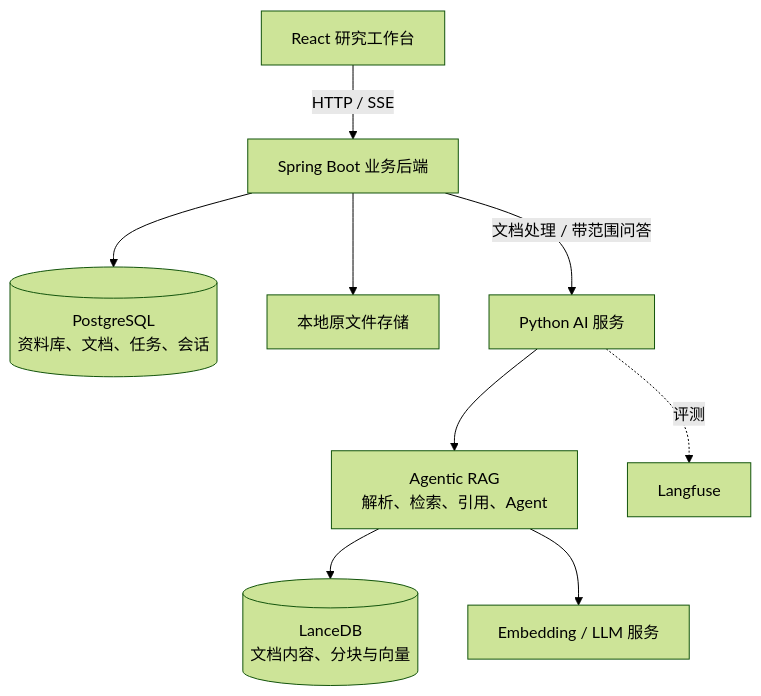
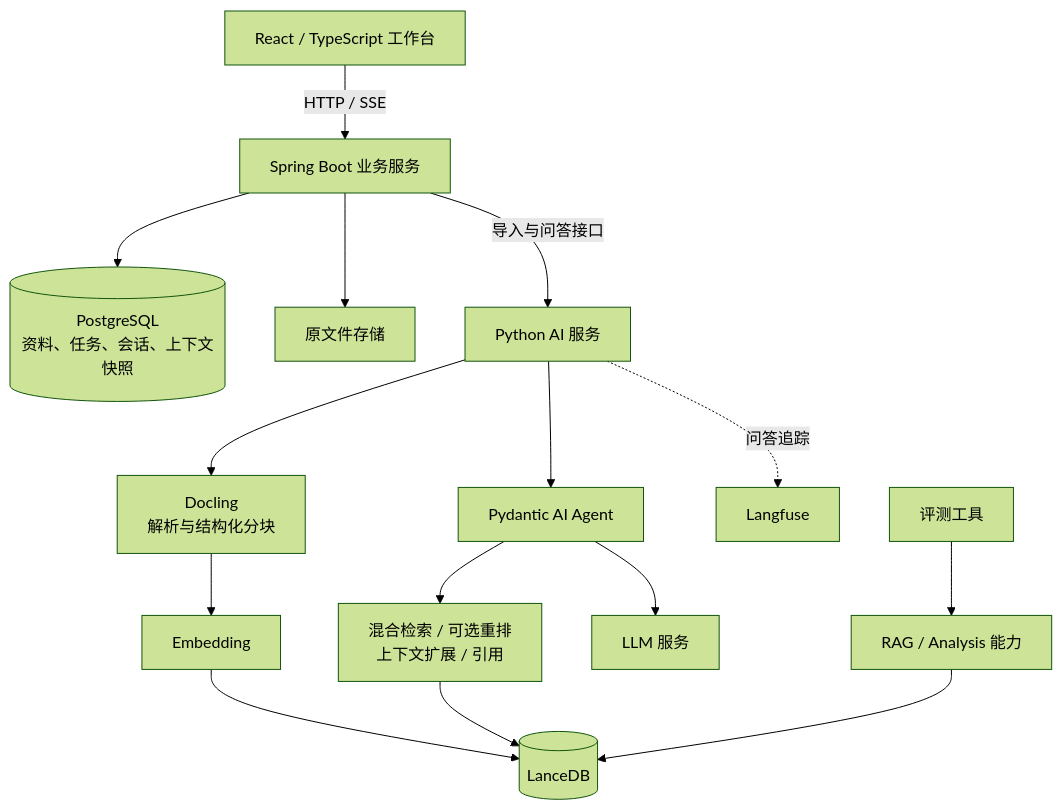
One commit to Singularity4242/paper-replication-agentic-rag changed the diagram in README.md. Above: the diagram before and after it, drawn with Mermaid (forest theme). The commit also changed other lines of this file, not shown here.

````diff
--- a/README.md
+++ b/README.md
@@ -11,11 +40,20 @@
 ```mermaid
 flowchart TD
-    U[React 研究工作台] -->|HTTP / SSE| J[Spring Boot 业务后端]
-    J --> P[(PostgreSQL<br/>资料库、文档、任务、会话)]
-    J --> F[本地原文件存储]
-    J -->|文档处理 / 带范围问答| A[Python AI 服务]
-    A --> H[Agentic RAG<br/>解析、检索、引用、Agent]
-    H --> L[(LanceDB<br/>文档内容、分块与向量)]
-    H --> M[Embedding / LLM 服务]
-    A -. 评测 .-> O[Langfuse]
+    W[React / TypeScript 工作台] -->|HTTP / SSE| J[Spring Boot 业务服务]
+    J --> P[(PostgreSQL<br/>资料、任务、会话、上下文快照)]
+    J --> F[原文件存储]
+    J -->|导入与问答接口| A[Python AI 服务]
+
+    A --> D[Docling<br/>解析与结构化分块]
+    D --> E[Embedding]
+    E --> L[(LanceDB)]
+
+    A --> G[Pydantic AI Agent]
+    G --> R[混合检索 / 可选重排<br/>上下文扩展 / 引用]
+    R --> L
+    G --> M[LLM 服务]
+
+    A -. 问答追踪 .-> O[Langfuse]
+    V[评测工具] --> H[RAG / Analysis 能力]
+    H --> L
 ```
````
